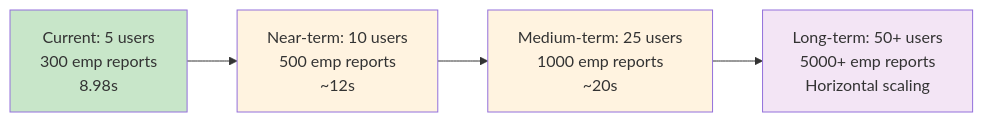
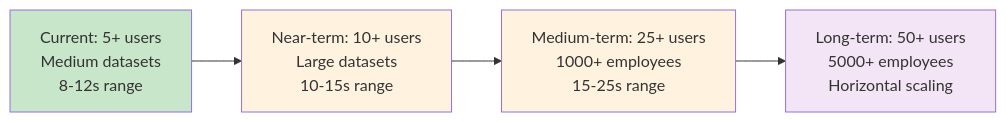
The diagram in docs/performance-summary.md (dpavelescu/certification-report-system), drawn with Mermaid before and after one commit. The commit also changed other lines of this file and 3 other files, not shown here.

Commit message:
feat(docs): Update performance metrics and architecture documentation for consistency and clarity

````diff
--- a/docs/performance-summary.md
+++ b/docs/performance-summary.md
@@ -103,19 +103,19 @@
 ```mermaid
 graph LR
-    Current[Current: 5 users<br/>300 emp reports<br/>8.98s] 
-    Near[Near-term: 10 users<br/>500 emp reports<br/>~12s]
-    Medium[Medium-term: 25 users<br/>1000 emp reports<br/>~20s]
-    Long[Long-term: 50+ users<br/>5000+ emp reports<br/>Horizontal scaling]
+    Current[Current: 5+ users<br/>Medium datasets<br/>8-12s range] 
+    Near[Near-term: 10+ users<br/>Large datasets<br/>10-15s range]
+    Medium[Medium-term: 25+ users<br/>1000+ employees<br/>15-25s range]
+    Long[Long-term: 50+ users<br/>5000+ employees<br/>Horizontal scaling]
     
     Current --> Near
-    Near --> Medium  
+    Near --> Medium
     Medium --> Long
     
     classDef current fill:#c8e6c9
     classDef projected fill:#fff3e0
     classDef future fill:#f3e5f5
     
     class Current current
     class Near,Medium projected
     class Long future
 ```
````
